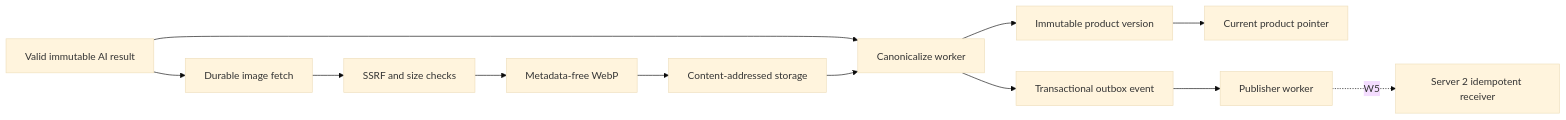
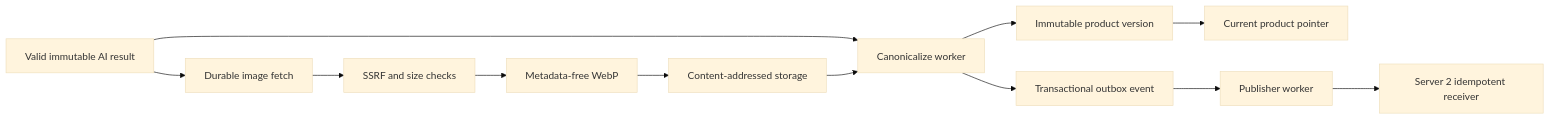
One commit to samo3597/Barcodes changed the diagram in docs/architecture/w4-canonical-publication.md. Above: the diagram before and after it, drawn with Mermaid (base theme). The commit also changed other lines of this file and 41 other files, not shown here.

````diff
--- a/docs/architecture/w4-canonical-publication.md
+++ b/docs/architecture/w4-canonical-publication.md
@@ -5,14 +5,14 @@
 ```mermaid
 flowchart LR
     A[Valid immutable AI result] --> C[Canonicalize worker]
     C --> V[Immutable product version]
     C --> O[Transactional outbox event]
     V --> P[Current product pointer]
     A --> F[Durable image fetch]
     F --> S[SSRF and size checks]
     S --> W[Metadata-free WebP]
     W --> H[Content-addressed storage]
     H --> C
     O --> U[Publisher worker]
-    U -. W5 .-> R[Server 2 idempotent receiver]
+    U --> R[Server 2 idempotent receiver]
 ```
````
